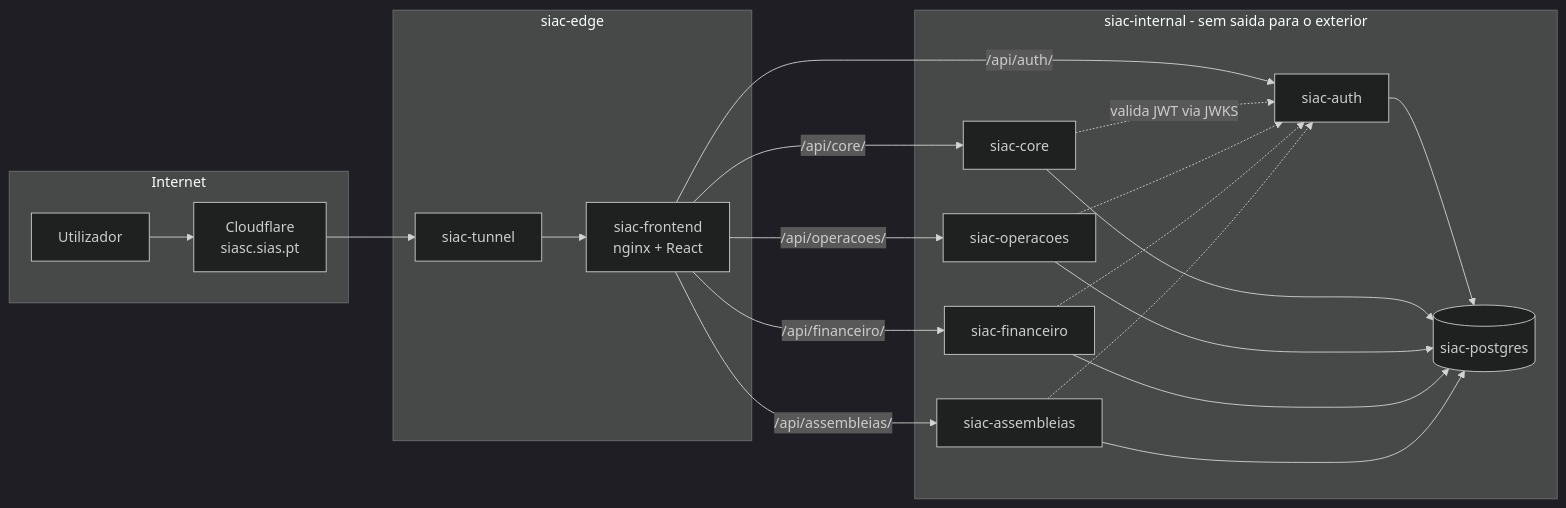
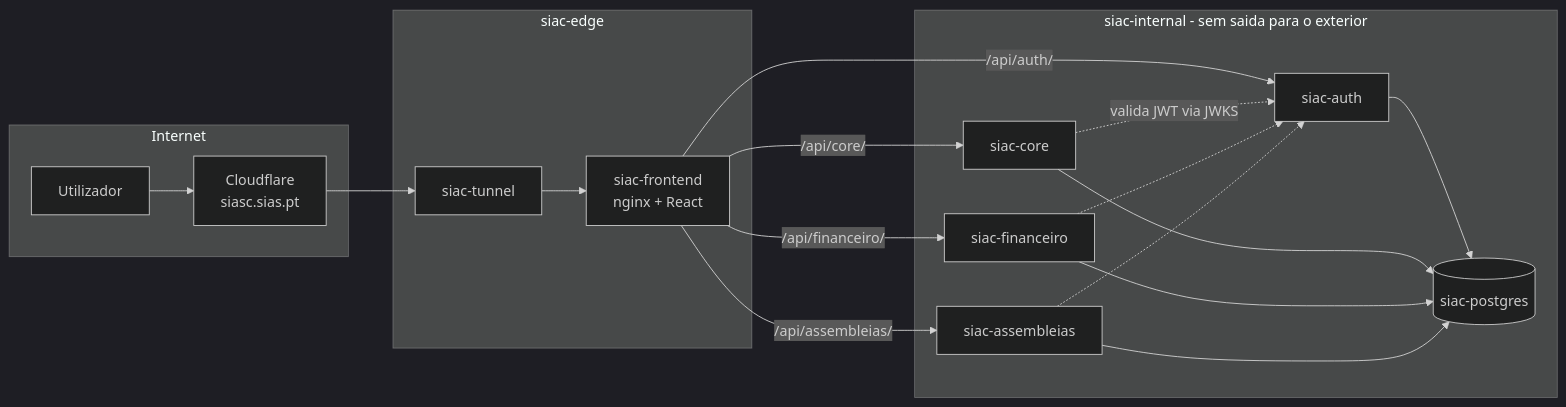
The diagram in docs/arquitetura.md (thiagorabaioli/siasc-v2), drawn with Mermaid (dark theme) before and after one commit. The commit also changed other lines of this file and 37 other files, not shown here.

````diff
--- a/docs/arquitetura.md
+++ b/docs/arquitetura.md
@@ -10,28 +10,25 @@
 ```mermaid
 flowchart LR
     subgraph Internet
         U[Utilizador] --> CF[Cloudflare\nsiasc.sias.pt]
     end
     CF --> T[siac-tunnel]
 
     subgraph siac-edge
         T --> F[siac-frontend\nnginx + React]
     end
 
     subgraph siac-internal [siac-internal - sem saida para o exterior]
         F -->|/api/auth/| A[siac-auth]
         F -->|/api/core/| C[siac-core]
-        F -->|/api/operacoes/| O[siac-operacoes]
         F -->|/api/financeiro/| FI[siac-financeiro]
         F -->|/api/assembleias/| AS[siac-assembleias]
         A --> P[(siac-postgres)]
         C --> P
-        O --> P
         FI --> P
         AS --> P
         C -.valida JWT via JWKS.-> A
-        O -.-> A
         FI -.-> A
         AS -.-> A
     end
 ```
````
